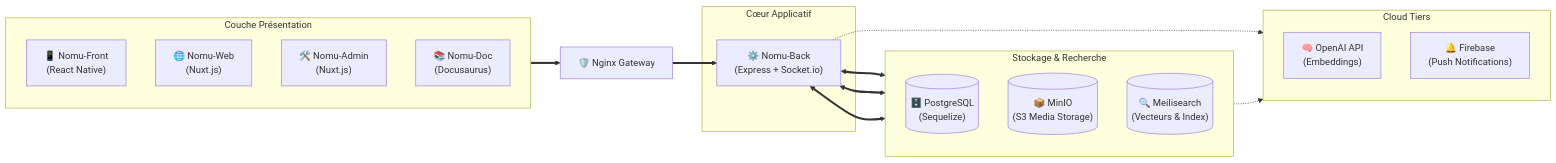
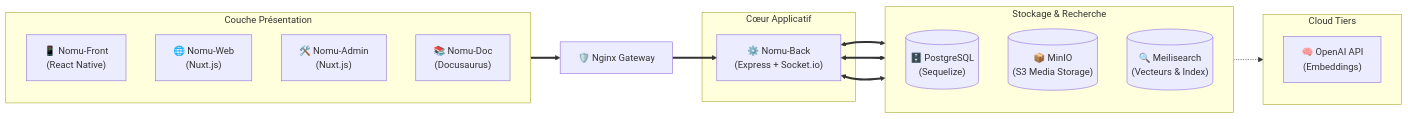
Before and after one commit to Nomu-MDS/Nomu-Doc: the second of 4 diagrams in docs/general/architecture.md, drawn with Mermaid. The commit also changed 6 other files, not shown here.

````diff
--- a/docs/general/architecture.md
+++ b/docs/general/architecture.md
@@ -36,34 +36,32 @@
 ```mermaid
 flowchart LR
     subgraph Clients ["Couche Présentation"]
         direction TB
         Mobile["📱 Nomu-Front\n(React Native)"]
         Web["🌐 Nomu-Web\n(Nuxt.js)"]
         Admin["🛠️ Nomu-Admin\n(Nuxt.js)"]
         Doc["📚 Nomu-Doc\n(Docusaurus)"]
     end
 
     Gateway["🛡️ Nginx Gateway"]
 
     subgraph Backend ["Cœur Applicatif"]
         API["⚙️ Nomu-Back\n(Express + Socket.io)"]
     end
 
     subgraph Data ["Stockage & Recherche"]
         direction TB
         PG[("🗄️ PostgreSQL\n(Sequelize)")]
         MinIO[("📦 MinIO\n(S3 Media Storage)")]
         Meili[("🔍 Meilisearch\n(Vecteurs & Index)")]
     end
 
     subgraph External ["Cloud Tiers"]
         direction TB
         OpenAI["🧠 OpenAI API\n(Embeddings)"]
-        FCM["🔔 Firebase\n(Push Notifications)"]
     end
 
     Clients ==> Gateway ==> API
     API <==> PG & MinIO & Meili
     Meili -.-> OpenAI
-    API -.-> FCM
 ```
````
